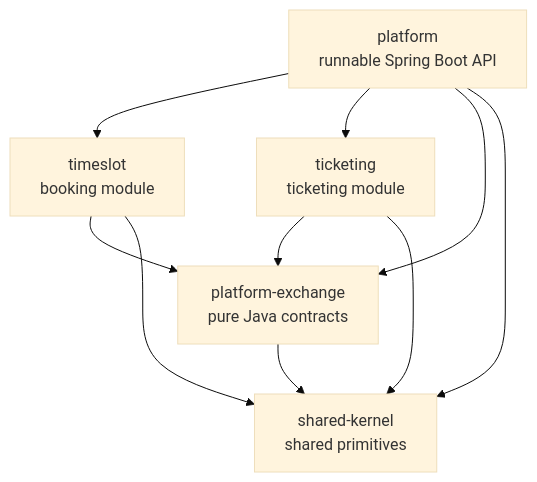
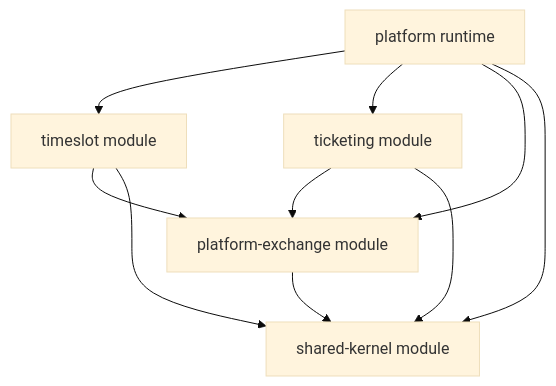
The second of 3 diagrams in docs/architecture.md (jaeyeopme/resrv), drawn with Mermaid (base theme) before and after one commit. The commit also changed other lines of this file and 9 other files, not shown here.

````diff
--- a/docs/architecture.md
+++ b/docs/architecture.md
@@ -48,18 +48,18 @@
 ```mermaid
 flowchart TD
-    platform["platform<br/>runnable Spring Boot API"]
-    timeslot["timeslot<br/>booking module"]
-    ticketing["ticketing<br/>ticketing module"]
-    exchange["platform-exchange<br/>pure Java contracts"]
-    kernel["shared-kernel<br/>shared primitives"]
+    platform["platform runtime"]
+    timeslot["timeslot module"]
+    ticketing["ticketing module"]
+    exchange["platform-exchange module"]
+    kernel["shared-kernel module"]
 
     platform --> timeslot
     platform --> ticketing
     platform --> exchange
     platform --> kernel
     timeslot --> exchange
     timeslot --> kernel
     ticketing --> exchange
     ticketing --> kernel
     exchange --> kernel
 ```
````
